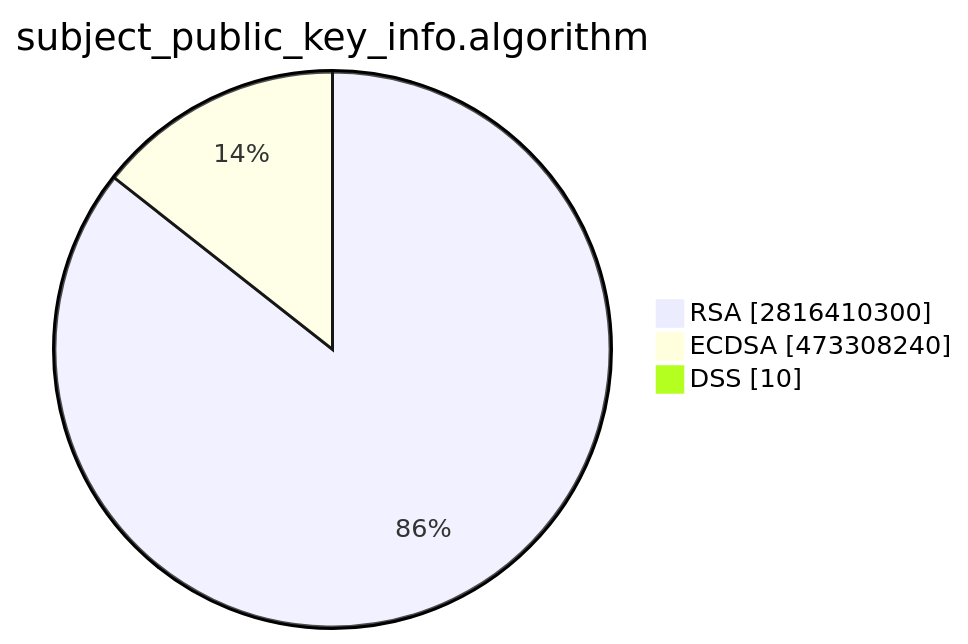
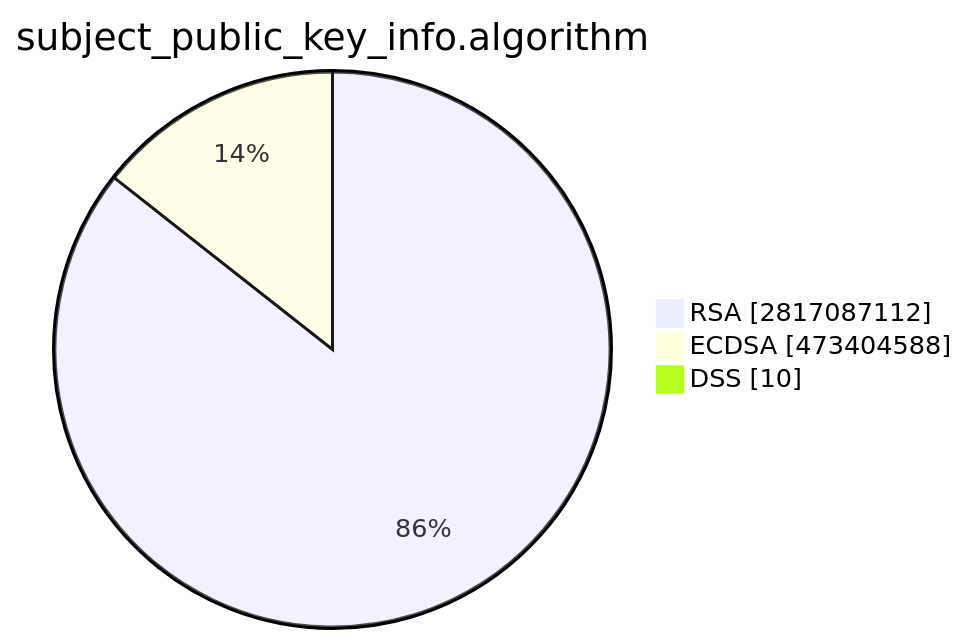
The second of 15 diagrams in TOTAL/README.md (christiankrug/ctmonitor_visualization), drawn with Mermaid before and after one commit. The commit also changed other lines of this file, not shown here.

````diff
--- a/TOTAL/README.md
+++ b/TOTAL/README.md
@@ -6,7 +6,7 @@
 ```mermaid
 pie showData
 title subject_public_key_info.algorithm
-"RSA" :2816410300
-"ECDSA" :473308240
+"RSA" :2817087112
+"ECDSA" :473404588
 "DSS" :10
 ```
````
